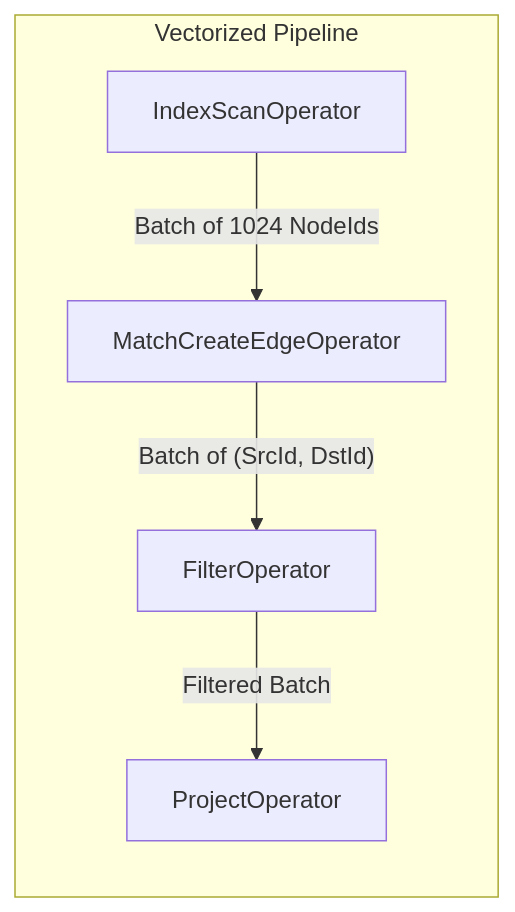
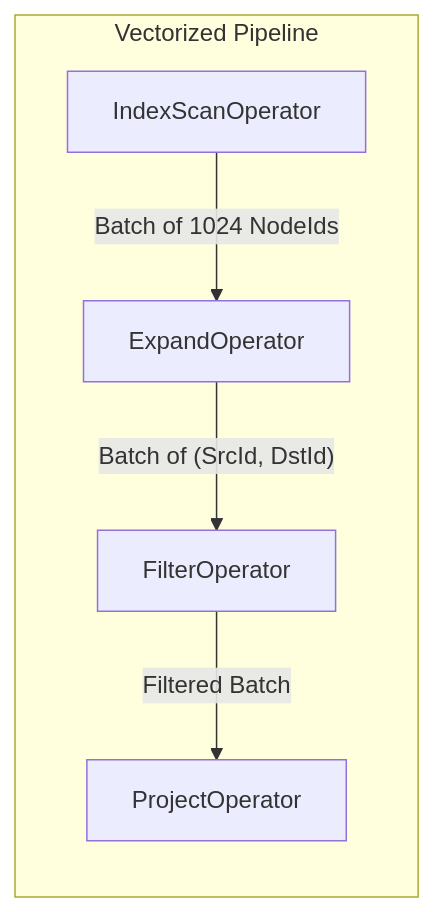
The second of 2 diagrams in src/query_engine.md (samyama-ai/samyama-graph-book), drawn with Mermaid before and after one commit. The commit also changed other lines of this file and 19 other files, not shown here.

````diff
--- a/src/query_engine.md
+++ b/src/query_engine.md
@@ -32,8 +32,8 @@
 ```mermaid
 graph LR
     subgraph "Vectorized Pipeline"
-        Scan[IndexScanOperator] -- "Batch of 1024 NodeIds" --> Expand[MatchCreateEdgeOperator]
+        Scan[IndexScanOperator] -- "Batch of 1024 NodeIds" --> Expand[ExpandOperator]
         Expand -- "Batch of (SrcId, DstId)" --> Filter[FilterOperator]
         Filter -- "Filtered Batch" --> Project[ProjectOperator]
     end
 ```
````
